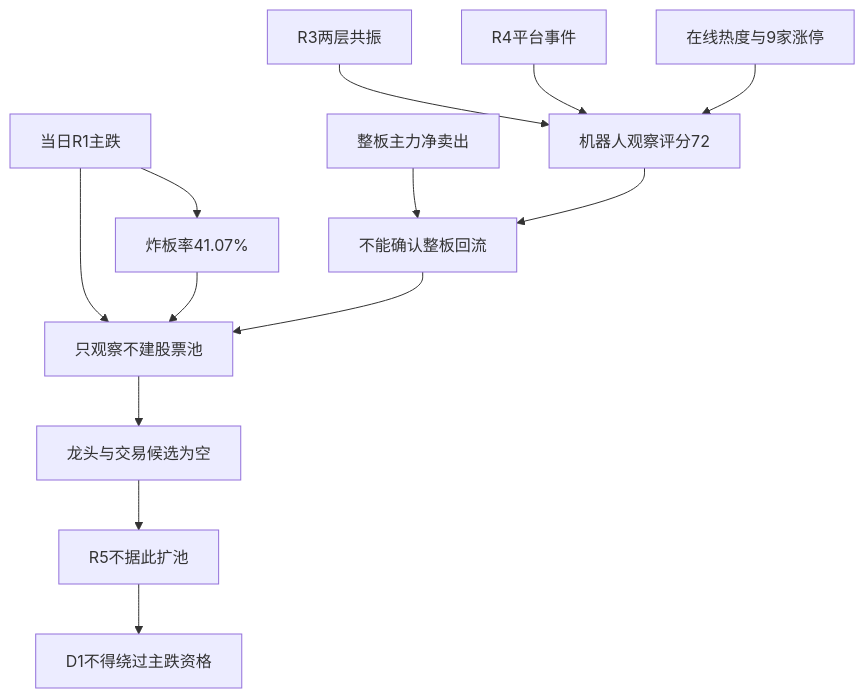
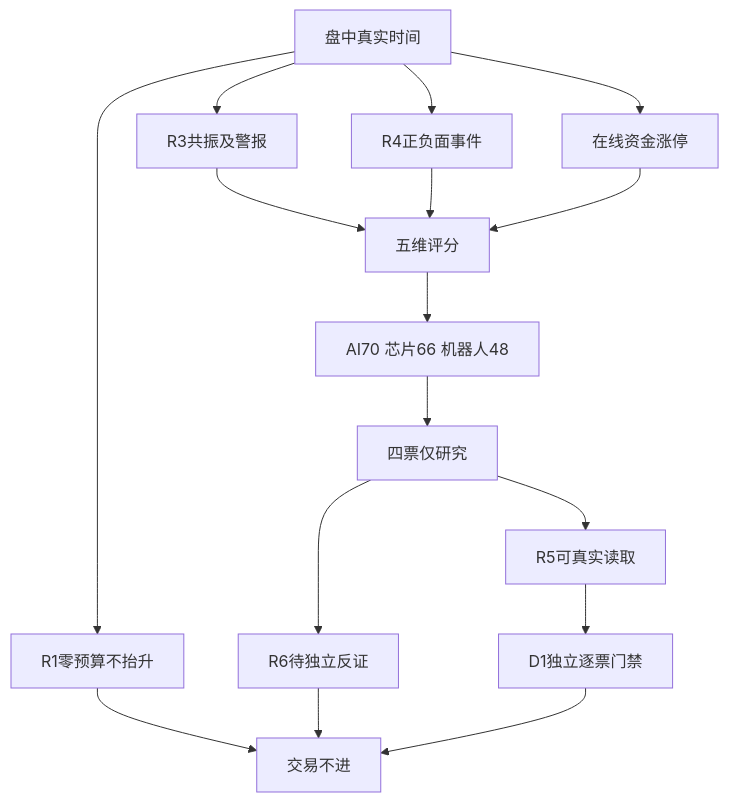
Before and after one commit to chenyang1999/chzl-kg: the diagram in content/投研交易/主线研判/20261023.md, drawn with Mermaid. The commit also changed other lines of this file and 493 other files, not shown here.

````diff
--- a/content/投研交易/主线研判/20261023.md
+++ b/content/投研交易/主线研判/20261023.md
@@ -175,15 +224,18 @@
 ```mermaid
 flowchart TD
-  A[当日R1主跌] --> B[只观察不建股票池]
-  A --> C[炸板率41.07%]
-  C --> B
-  D[R3两层共振] --> G[机器人观察评分72]
-  E[R4平台事件] --> G
-  F[在线热度与9家涨停] --> G
-  H[整板主力净卖出] --> I[不能确认整板回流]
-  G --> I
-  I --> B
-  B --> J[龙头与交易候选为空]
-  J --> K[R5不据此扩池]
-  K --> L[D1不得绕过主跌资格]
+ A[盘中真实时间] --> B[R1零预算不抬升]
+ A --> C[R3共振及警报]
+ A --> D[R4正负面事件]
+ A --> E[在线资金涨停]
+ C --> F[五维评分]
+ D --> F
+ E --> F
+ F --> G[AI70 芯片66 机器人48]
+ G --> H[四票仅研究]
+ H --> I[R5可真实读取]
+ H --> J[R6待独立反证]
+ B --> K[交易不进]
+ J --> K
+ I --> L[D1独立逐票门禁]
+ L --> K
 ```
````
